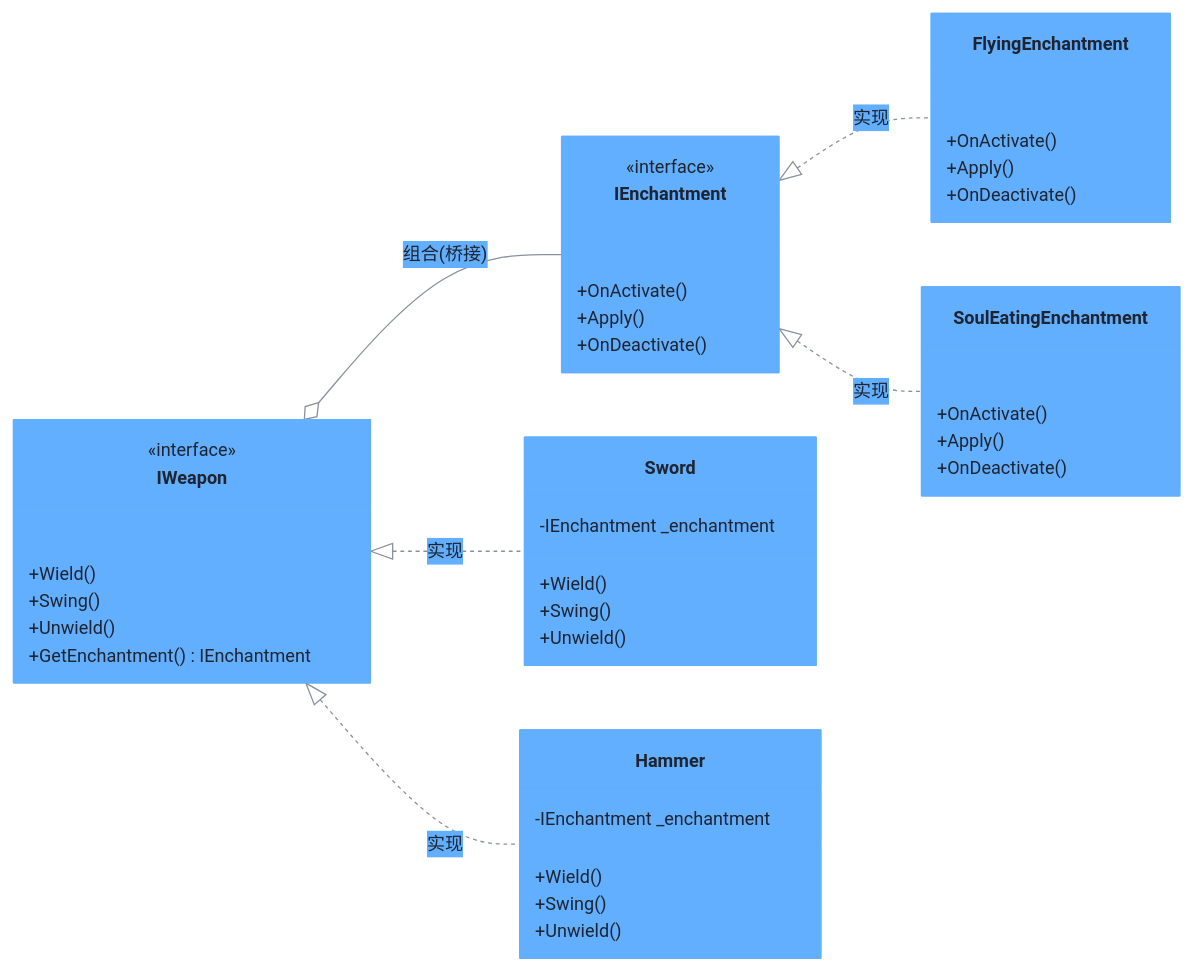
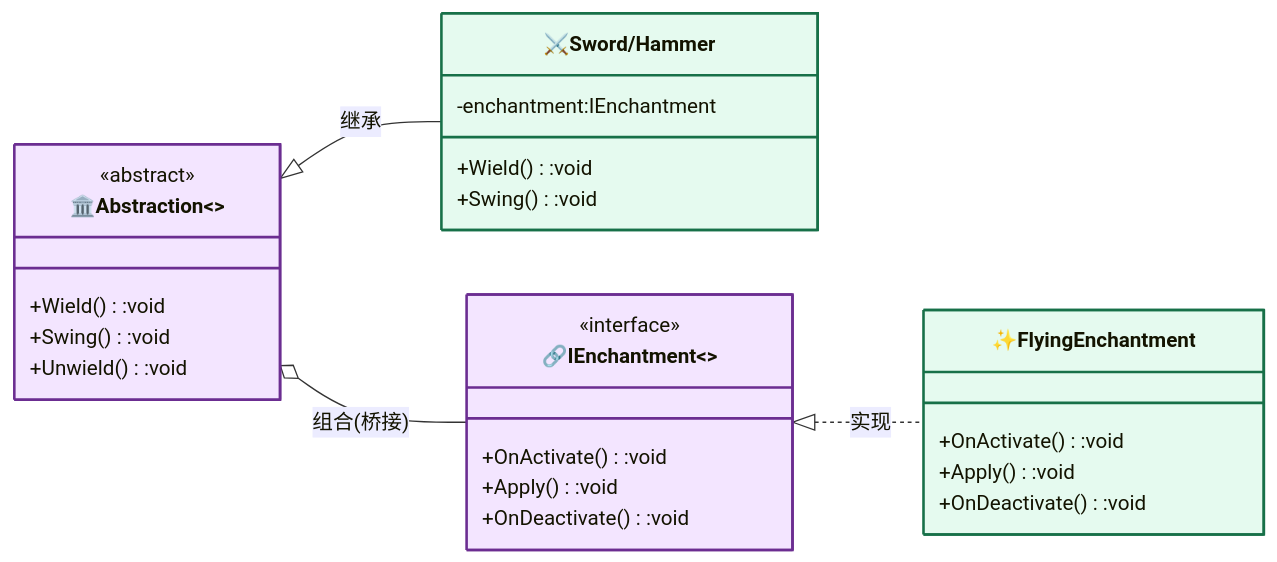
Before and after one commit to hollson/design_patterns: the diagram in BridgePattern/README.md, drawn with Mermaid. The commit also changed other lines of this file and 19 other files, not shown here.

Commit message:
docs: refactor mermaid diagrams to basic GoF model style for all 20 design patterns

````diff
--- a/BridgePattern/README.md
+++ b/BridgePattern/README.md
@@ -20,46 +31,36 @@
 ```mermaid
-%%{init: {"theme": "base", "themeVariables": {"primaryColor": "#61affe", "primaryTextColor": "#1f2430", "primaryBorderColor": "#61affe", "lineColor": "#8a919e", "secondaryColor": "#eaf2fb", "tertiaryColor": "#f5f7fa", "noteBkgColor": "#fff3d6", "noteTextColor": "#1f2430", "fontSize": "14px"}}}%%
+%%{init: {"classDiagram": {"useMarkdownLabels": true}} }%%
 classDiagram
     direction LR
-    class IWeapon {
+
+    class Abstraction["🏛️Abstraction<<abstract>>"]:::strategyCls{
+        <<abstract>>
+        +Wield():void
+        +Swing():void
+        +Unwield():void
+    }
+    class RefinedAbstraction["⚔️Sword/Hammer"]:::concreteCls{
+        -enchantment:IEnchantment
+        +Wield():void
+        +Swing():void
+    }
+    class Implementor["🔗IEnchantment<<interface>>"]:::strategyCls{
         <<interface>>
-        +Wield()
-        +Swing()
-        +Unwield()
-        +GetEnchantment() IEnchantment
+        +OnActivate():void
+        +Apply():void
+        +OnDeactivate():void
     }
-    class IEnchantment {
-        <<interface>>
-        +OnActivate()
-        +Apply()
-        +OnDeactivate()
-    }
-    class Sword {
-        -IEnchantment _enchantment
-        +Wield()
-        +Swing()
-        +Unwield()
-    }
-    class Hammer {
-        -IEnchantment _enchantment
-        +Wield()
-        +Swing()
-        +Unwield()
-    }
-    class FlyingEnchantment {
-        +OnActivate()
-        +Apply()
-        +OnDeactivate()
-    }
-    class SoulEatingEnchantment {
-        +OnActivate()
-        +Apply()
-        +OnDeactivate()
+    class ConcreteImplementor["✨FlyingEnchantment"]:::concreteCls{
+        +OnActivate():void
+        +Apply():void
+        +OnDeactivate():void
     }
 
-    IWeapon <|.. Sword : 实现
-    IWeapon <|.. Hammer : 实现
-    IEnchantment <|.. FlyingEnchantment : 实现
-    IEnchantment <|.. SoulEatingEnchantment : 实现
-    IWeapon o-- IEnchantment : 组合(桥接)
+    Abstraction <|-- RefinedAbstraction : 继承
+    Abstraction o-- Implementor : 组合(桥接)
+    Implementor <|.. ConcreteImplementor : 实现
+
+    classDef contextCls fill:#fff3cd,stroke:#856404,stroke-width:2px
+    classDef strategyCls fill:#f3e5ff,stroke:#6b2d91,stroke-width:2px
+    classDef concreteCls fill:#e5faef,stroke:#177048,stroke-width:2px
 ```
````
